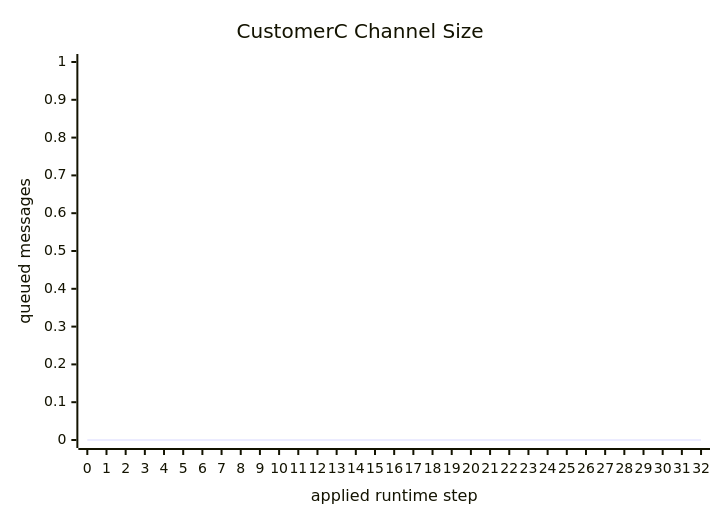
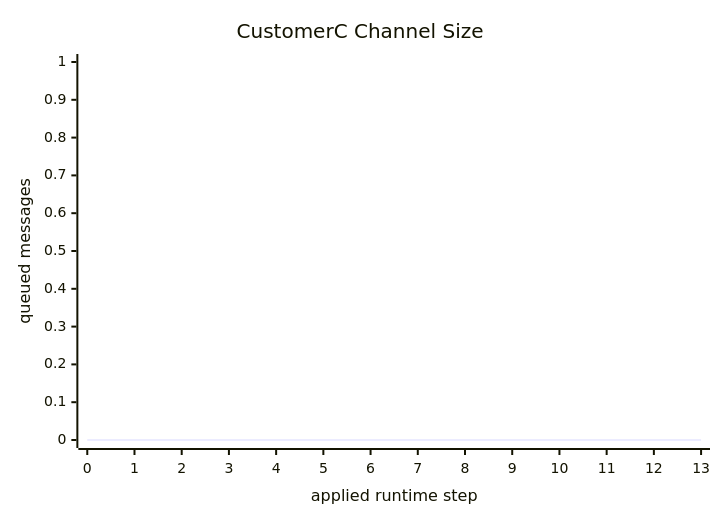
One commit to rfielding/go-ctl2 changed diagram 32 of 36 in docs/build/ir.generated.md. Above: the diagram before and after it, drawn with Mermaid. The commit also changed other lines of this file and 5 other files, not shown here.

````diff
--- a/docs/build/ir.generated.md
+++ b/docs/build/ir.generated.md
@@ -1326,7 +1569,7 @@
 ```mermaid
 xychart-beta
     title "CustomerC Channel Size"
-    x-axis "applied runtime step" [0, 1, 2, 3, 4, 5, 6, 7, 8, 9, 10, 11, 12, 13, 14, 15, 16, 17, 18, 19, 20, 21, 22, 23, 24, 25, 26, 27, 28, 29, 30, 31, 32]
+    x-axis "applied runtime step" [0, 1, 2, 3, 4, 5, 6, 7, 8, 9, 10, 11, 12, 13]
     y-axis "queued messages" 0 --> 1
-    line [0, 0, 0, 0, 0, 0, 0, 0, 0, 0, 0, 0, 0, 0, 0, 0, 0, 0, 0, 0, 0, 0, 0, 0, 0, 0, 0, 0, 0, 0, 0, 0, 0]
+    line [0, 0, 0, 0, 0, 0, 0, 0, 0, 0, 0, 0, 0, 0]
 ```
````
